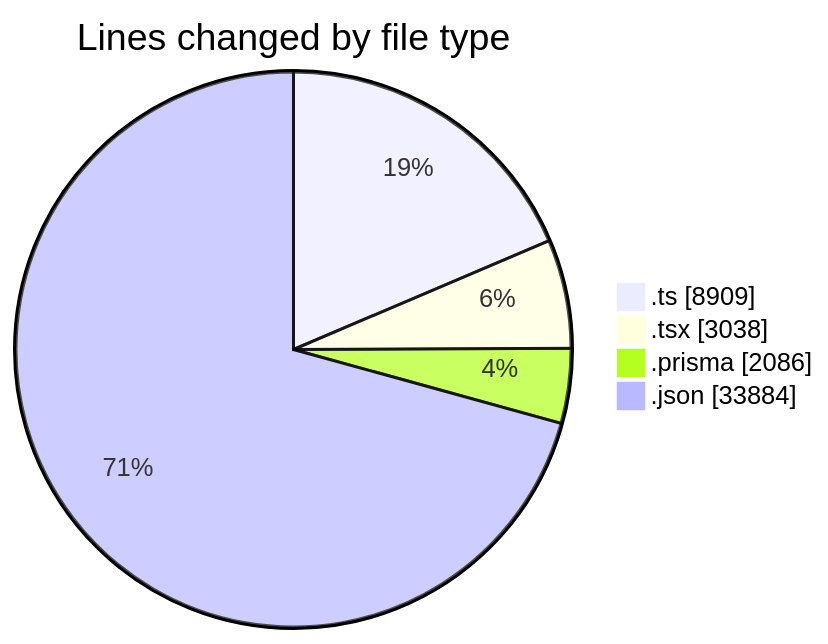
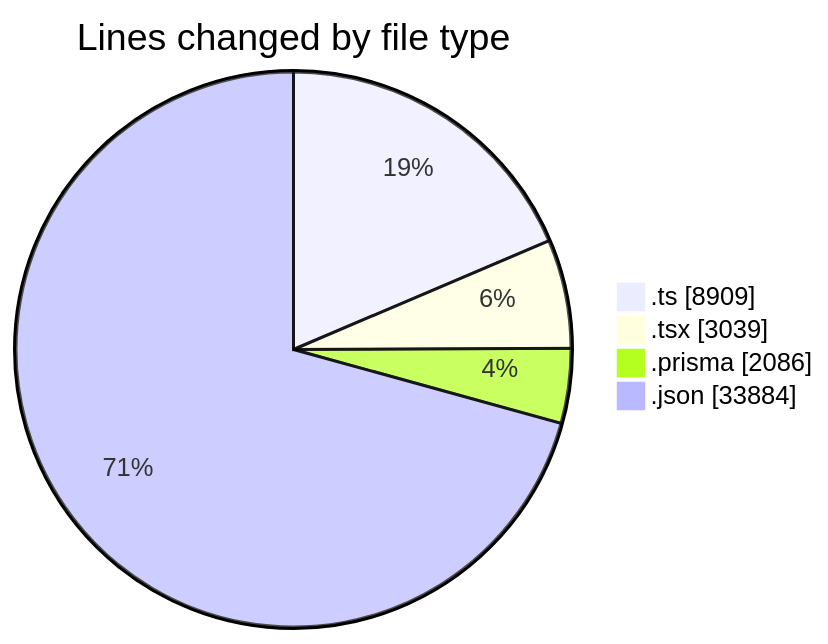
One commit to CELIANVF/code-tracking changed the first of 2 diagrams in 2025-05-19/ecodeli-1/README.md. Above: the diagram before and after it, drawn with Mermaid. The commit also changed other lines of this file and 1 other file, not shown here.

````diff
--- a/2025-05-19/ecodeli-1/README.md
+++ b/2025-05-19/ecodeli-1/README.md
@@ -56,8 +56,8 @@
 ```mermaid
 pie showData
 title Lines changed by file type
 ".ts" : 8909
-".tsx" : 3038
+".tsx" : 3039
 ".prisma" : 2086
 ".json" : 33884
 ```
````
